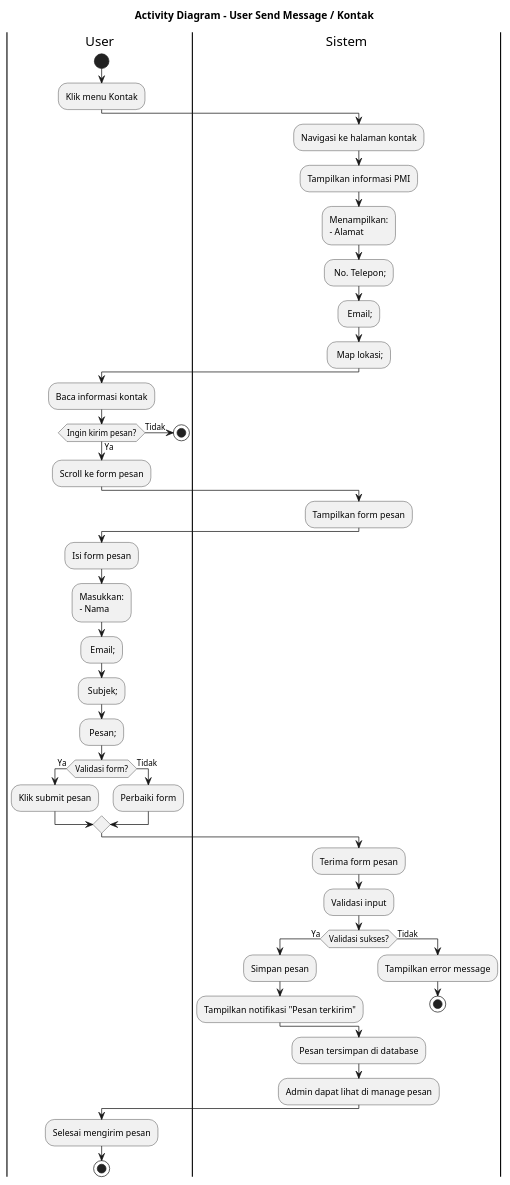
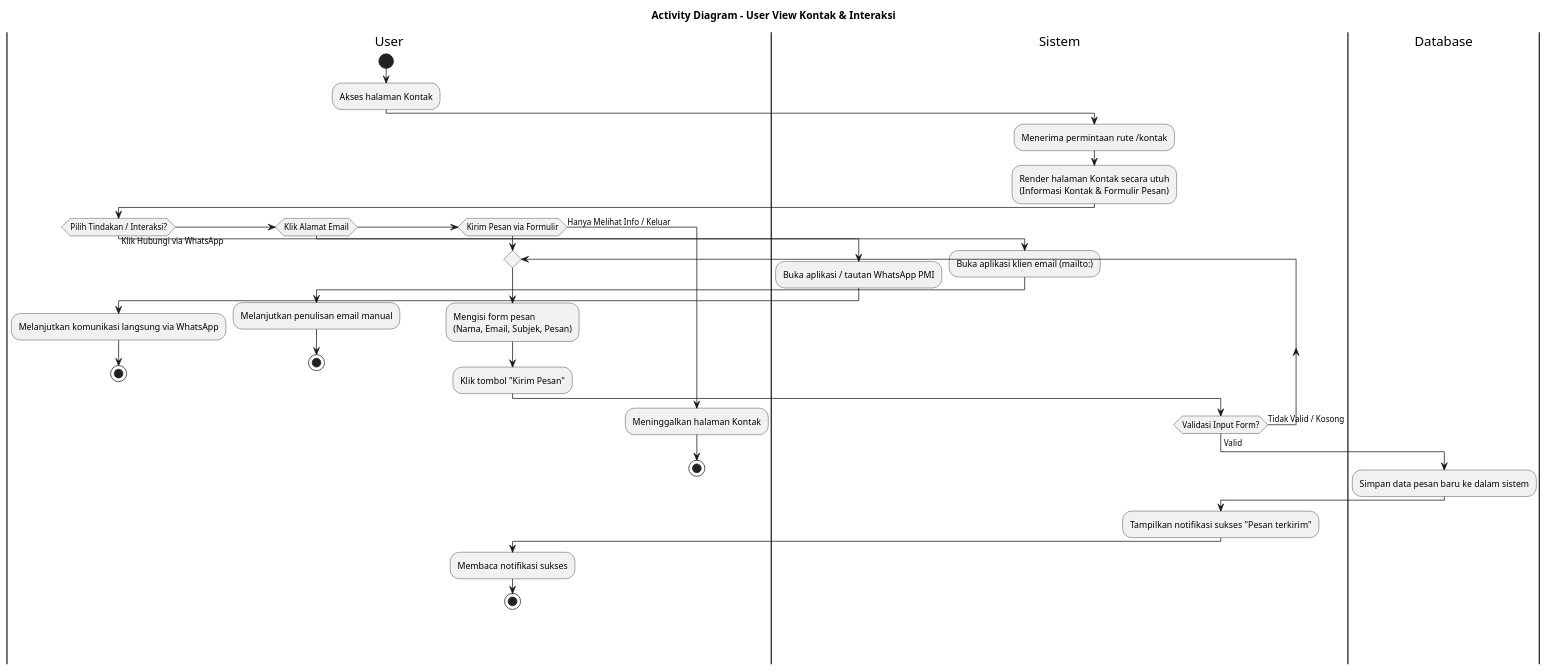
One commit to jaddu17/capstonepmikp changed the diagram in diagram/activitydiagram_user_kontak.puml. Above: the diagram before and after it, drawn with PlantUML. The commit also changed 11 other files, not shown here.

Commit message:
perubahan activity diagram user(beranda, stok darah, info donor, jadwal donor, berita, donasi, kontak

```diff
--- a/diagram/activitydiagram_user_kontak.puml
+++ b/diagram/activitydiagram_user_kontak.puml
@@ -1,63 +1,52 @@
-@startuml ACTIVITY_DIAGRAM_USER_KONTAK
-title Activity Diagram - User Send Message / Kontak
+@startuml ACTIVITY_DIAGRAM_USER_KONTAK_REVISI
+title Activity Diagram - User View Kontak & Interaksi
 
 |User|
 start
-:Klik menu Kontak;
+:Akses halaman Kontak;
 
 |Sistem|
-:Navigasi ke halaman kontak;
-:Tampilkan informasi PMI;
-:Menampilkan:
-- Alamat;
-- No. Telepon;
-- Email;
-- Map lokasi;
+:Menerima permintaan rute /kontak;
+:Render halaman Kontak secara utuh\n(Informasi Kontak & Formulir Pesan);
 
 |User|
-:Baca informasi kontak;
-if (Ingin kirim pesan?) then (Ya)
-  :Scroll ke form pesan;
-else (Tidak)
+if (Pilih Tindakan / Interaksi?) then (Klik Hubungi via WhatsApp)
+  |Sistem|
+  :Buka aplikasi / tautan WhatsApp PMI;
+  |User|
+  :Melanjutkan komunikasi langsung via WhatsApp;
+  stop
+
+else if (Klik Alamat Email)
+  |Sistem|
+  :Buka aplikasi klien email (mailto:);
+  |User|
+  :Melanjutkan penulisan email manual;
+  stop
+
+else if (Kirim Pesan via Formulir)
+  repeat
+    |User|
+    :Mengisi form pesan\n(Nama, Email, Subjek, Pesan);
+    :Klik tombol "Kirim Pesan";
+    
+    |Sistem|
+  repeat while (Validasi Input Form?) is (Tidak Valid / Kosong)
+  ->Valid;
+  
+  |Database|
+  :Simpan data pesan baru ke dalam sistem;
+  
+  |Sistem|
+  :Tampilkan notifikasi sukses "Pesan terkirim";
+  |User|
+  :Membaca notifikasi sukses;
+  stop
+
+else (Hanya Melihat Info / Keluar)
+  |User|
+  :Meninggalkan halaman Kontak;
   stop
 endif
 
-|Sistem|
-:Tampilkan form pesan;
-
-|User|
-:Isi form pesan;
-:Masukkan:
-- Nama;
-- Email;
-- Subjek;
-- Pesan;
-
-if (Validasi form?) then (Ya)
-  |User|
-  :Klik submit pesan;
-else (Tidak)
-  :Perbaiki form;
-endif
-
-|Sistem|
-:Terima form pesan;
-:Validasi input;
-
-if (Validasi sukses?) then (Ya)
-  :Simpan pesan;
-  :Tampilkan notifikasi "Pesan terkirim";
-else (Tidak)
-  :Tampilkan error message;
-  stop
-endif
-
-|Sistem|
-:Pesan tersimpan di database;
-:Admin dapat lihat di manage pesan;
-
-|User|
-:Selesai mengirim pesan;
-stop
-
 @enduml
```
